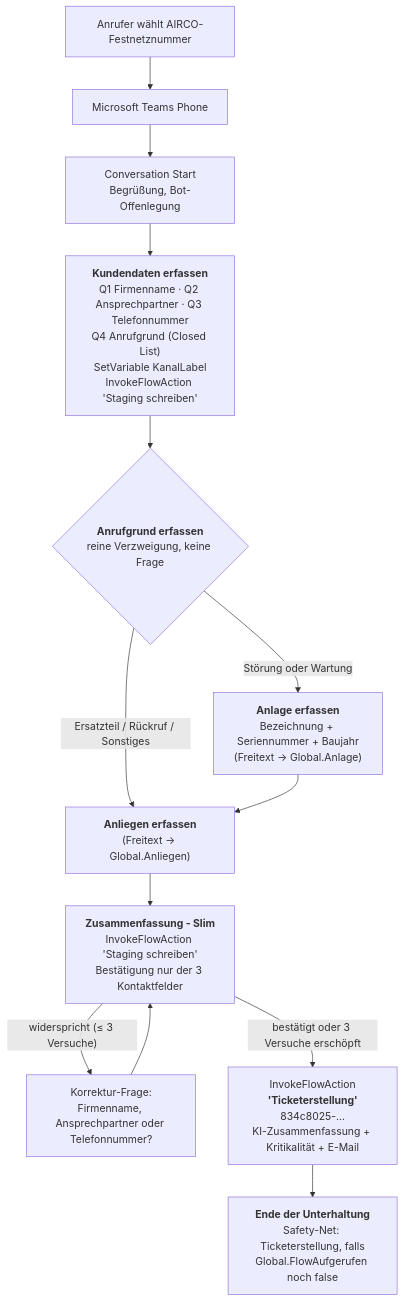
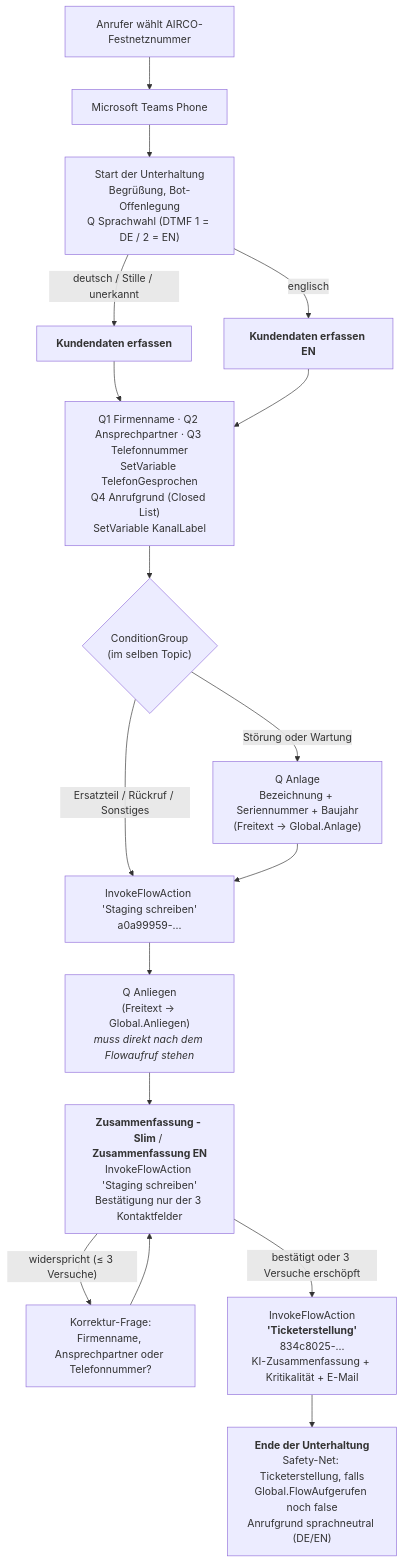
Before and after one commit to mdouk/AIRCO_Telefonbot: the first of 5 diagrams in Architektur.md, drawn with Mermaid. The commit also changed other lines of this file and 4 other files, not shown here.

````diff
--- a/Architektur.md
+++ b/Architektur.md
@@ -210,17 +218,24 @@
 ```mermaid
 flowchart TD
     Anruf["Anrufer wählt AIRCO-Festnetznummer"] --> Teams["Microsoft Teams Phone"]
-    Teams --> Start["Conversation Start<br/>Begrüßung, Bot-Offenlegung"]
-    Start --> Kunde["<b>Kundendaten erfassen</b><br/>Q1 Firmenname · Q2 Ansprechpartner · Q3 Telefonnummer<br/>Q4 Anrufgrund (Closed List)<br/>SetVariable KanalLabel<br/>InvokeFlowAction 'Staging schreiben'"]
-    Kunde --> Grund{"<b>Anrufgrund erfassen</b><br/>reine Verzweigung, keine Frage"}
-    Grund -->|"Störung oder Wartung"| Anlage["<b>Anlage erfassen</b><br/>Bezeichnung + Seriennummer + Baujahr<br/>(Freitext → Global.Anlage)"]
-    Grund -->|"Ersatzteil / Rückruf / Sonstiges"| Anliegen
-    Anlage --> Anliegen["<b>Anliegen erfassen</b><br/>(Freitext → Global.Anliegen)"]
-    Anliegen --> Summe["<b>Zusammenfassung - Slim</b><br/>InvokeFlowAction 'Staging schreiben'<br/>Bestätigung nur der 3 Kontaktfelder"]
+    Teams --> Start["Start der Unterhaltung<br/>Begrüßung, Bot-Offenlegung<br/>Q Sprachwahl (DTMF 1 = DE / 2 = EN)"]
+    Start -->|"englisch"| KundeEN["<b>Kundendaten erfassen EN</b>"]
+    Start -->|"deutsch / Stille / unerkannt"| Kunde["<b>Kundendaten erfassen</b>"]
+
+    Kunde --> Block["Q1 Firmenname · Q2 Ansprechpartner · Q3 Telefonnummer<br/>SetVariable TelefonGesprochen<br/>Q4 Anrufgrund (Closed List)<br/>SetVariable KanalLabel"]
+    KundeEN --> Block
+
+    Block --> Grund{"ConditionGroup<br/>(im selben Topic)"}
+    Grund -->|"Störung oder Wartung"| Anlage["Q Anlage<br/>Bezeichnung + Seriennummer + Baujahr<br/>(Freitext → Global.Anlage)"]
+    Grund -->|"Ersatzteil / Rückruf / Sonstiges"| Staging
+    Anlage --> Staging["InvokeFlowAction 'Staging schreiben'<br/>a0a99959-…"]
+    Staging --> Anliegen["Q Anliegen<br/>(Freitext → Global.Anliegen)<br/><i>muss direkt nach dem Flowaufruf stehen</i>"]
+
+    Anliegen --> Summe["<b>Zusammenfassung - Slim</b> / <b>Zusammenfassung EN</b><br/>InvokeFlowAction 'Staging schreiben'<br/>Bestätigung nur der 3 Kontaktfelder"]
 
     Summe -->|"widerspricht (≤ 3 Versuche)"| Korrektur["Korrektur-Frage:<br/>Firmenname, Ansprechpartner oder Telefonnummer?"]
     Korrektur --> Summe
     Summe -->|"bestätigt oder 3 Versuche erschöpft"| Ticket["InvokeFlowAction<br/><b>'Ticketerstellung'</b><br/>834c8025-…<br/>KI-Zusammenfassung + Kritikalität + E-Mail"]
 
-    Ticket --> Ende["<b>Ende der Unterhaltung</b><br/>Safety-Net: Ticketerstellung, falls<br/>Global.FlowAufgerufen noch false"]
+    Ticket --> Ende["<b>Ende der Unterhaltung</b><br/>Safety-Net: Ticketerstellung, falls<br/>Global.FlowAufgerufen noch false<br/>Anrufgrund sprachneutral (DE/EN)"]
 ```
````
